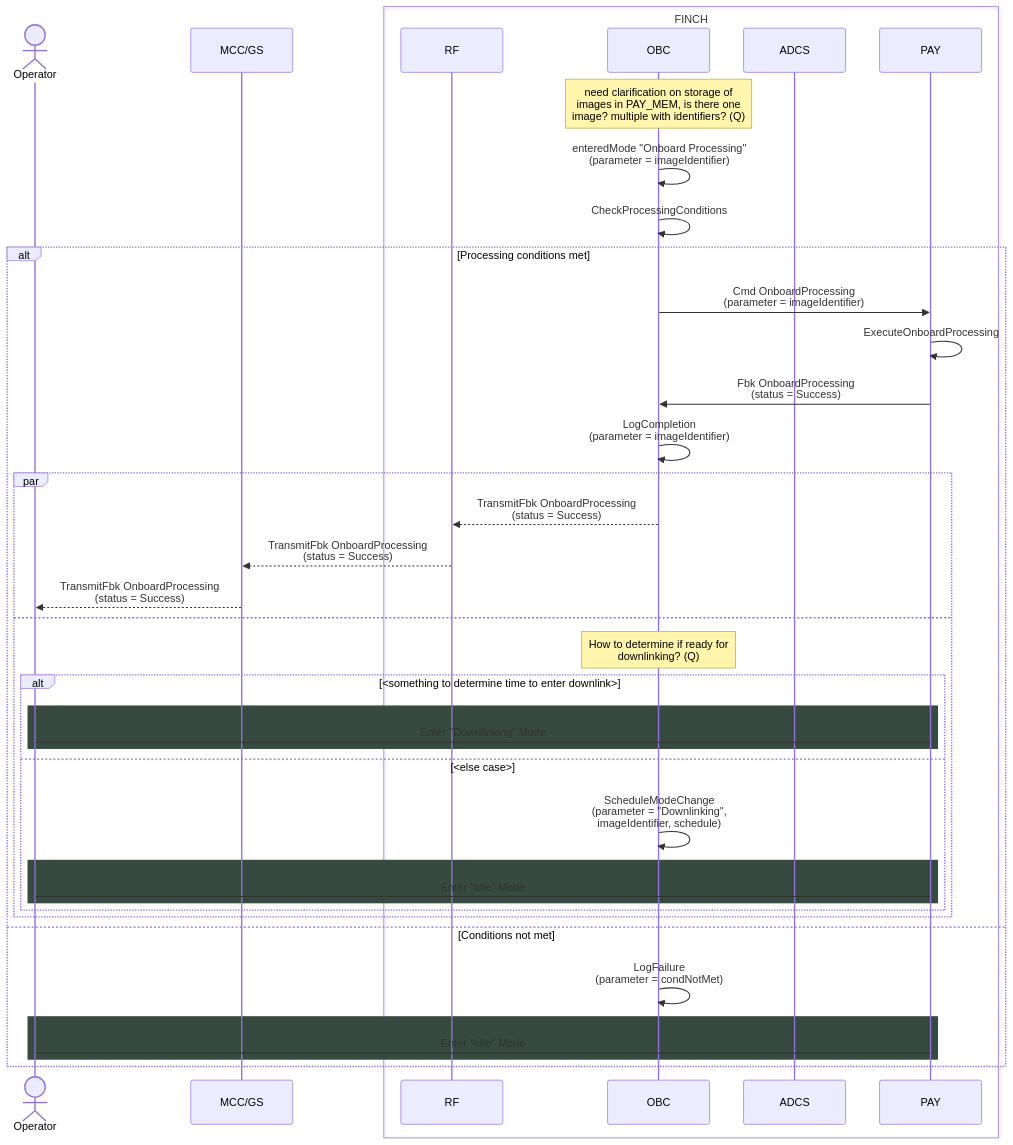
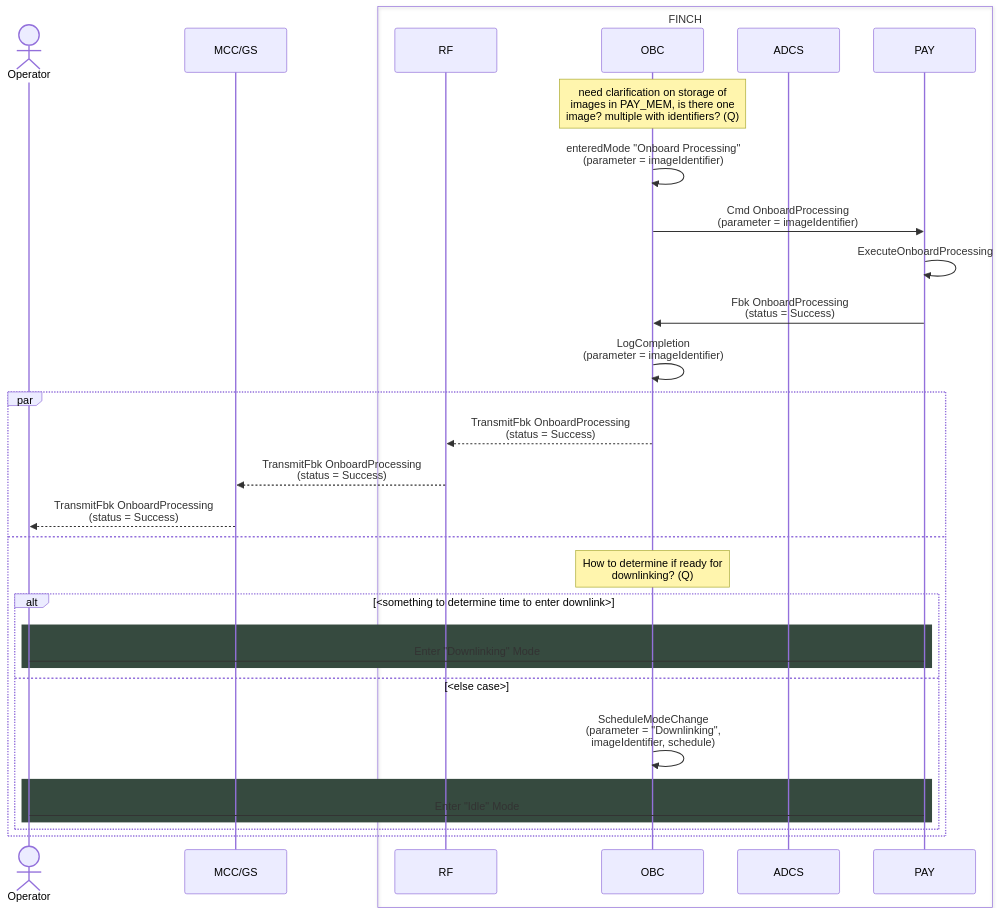
One commit to Addy-lit/FINCH-system-architecture changed the diagram in command sequences/onboard-processing-command.md. Above: the diagram before and after it, drawn with Mermaid.

````diff
--- a/command sequences/onboard-processing-command.md
+++ b/command sequences/onboard-processing-command.md
@@ -2,46 +2,41 @@
 ```mermaid
 
 sequenceDiagram
     Actor Operator
     participant MCC/GS
     box FINCH
         participant RF
         participant OBC
         participant ADCS
         participant PAY
     end
 
 	note over OBC: need clarification on storage of <br> images in PAY_MEM, is there one <br> image? multiple with identifiers? (Q)
 	OBC ->> OBC: enteredMode "Onboard Processing" <br> (parameter = imageIdentifier)
 
-    OBC ->> OBC: CheckProcessingConditions
-    alt Processing conditions met
+
         OBC ->> PAY: Cmd OnboardProcessing <br> (parameter = imageIdentifier)
         PAY ->> PAY: ExecuteOnboardProcessing
         PAY ->> OBC: Fbk OnboardProcessing <br> (status = Success)
 		OBC ->> OBC: LogCompletion <br> (parameter = imageIdentifier)
       
         par
             OBC -->> RF: TransmitFbk OnboardProcessing <br> (status = Success)
             RF -->> MCC/GS: TransmitFbk OnboardProcessing <br> (status = Success)
             MCC/GS -->> Operator: TransmitFbk OnboardProcessing <br> (status = Success)
         and
 			note over OBC: How to determine if ready for <br> downlinking? (Q)
 			alt <something to determine time to enter downlink>
 				rect rgb(54,74,63)
       	      		Operator -> PAY: Enter "Downlinking" Mode
             	end
 			else <else case>
 				OBC ->> OBC: ScheduleModeChange <br> (parameter = "Downlinking", <br> imageIdentifier, schedule)
 	    		rect rgb(54,74,63)
       	     	  	Operator -> PAY: Enter "Idle" Mode
            	 	end
 			end
 		end
-    else Conditions not met
-		OBC ->> OBC: LogFailure <br> (parameter = condNotMet)
-        rect rgb(54,74,63)
-	        Operator -> PAY: Enter "Idle" Mode
-        end
-    end
+
+
 ```
````
